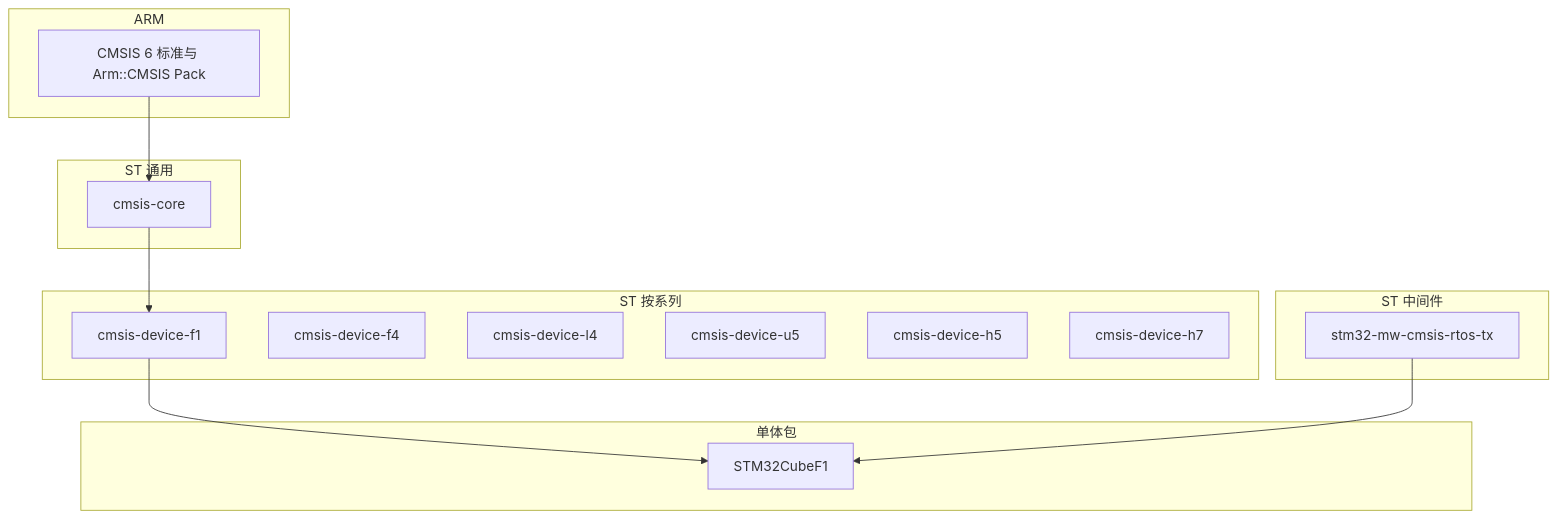
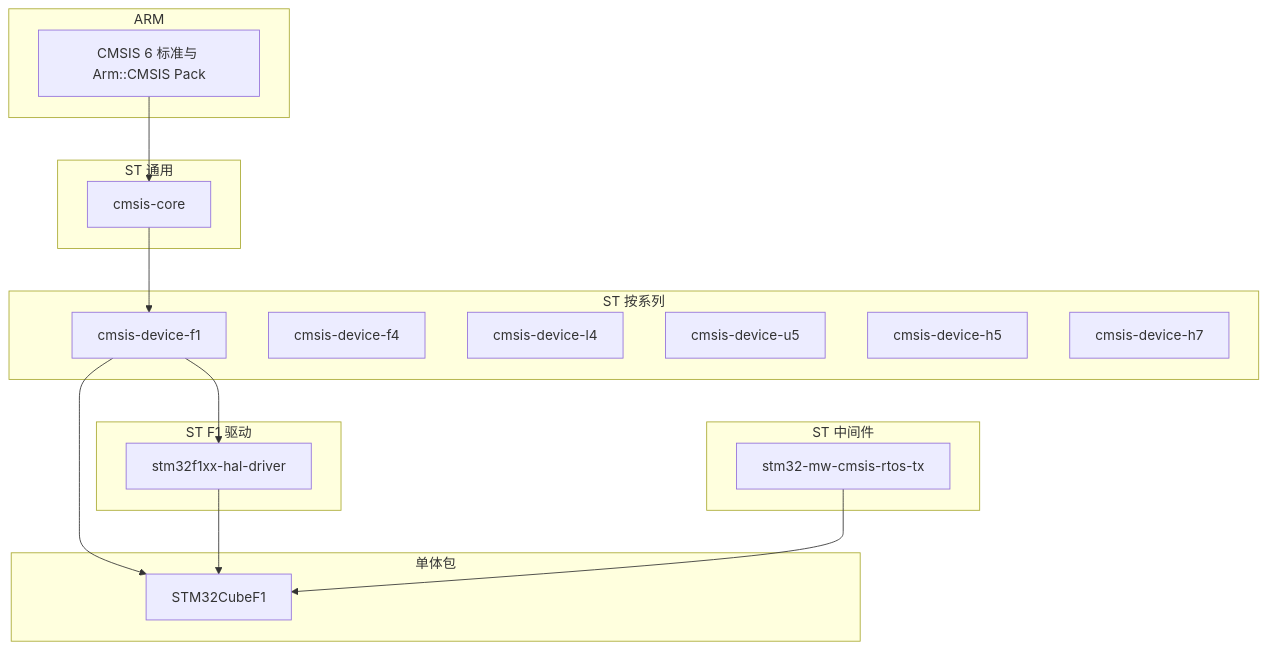
Before and after one commit to xiaolitongxue666/embed-dev-lab: the diagram in doc/learn/stm32-cmsis-component-repos.md, drawn with Mermaid. The commit also changed other lines of this file and 15 other files, not shown here.

````diff
--- a/doc/learn/stm32-cmsis-component-repos.md
+++ b/doc/learn/stm32-cmsis-component-repos.md
@@ -20,27 +20,32 @@
 ```mermaid
 flowchart TB
   subgraph arm [ARM]
     CMSIS6[CMSIS 6 标准与 Arm::CMSIS Pack]
   end
   subgraph stCore [ST 通用]
     STCore[cmsis-core]
   end
   subgraph stDev [ST 按系列]
     DevF1[cmsis-device-f1]
     DevF4[cmsis-device-f4]
     DevL4[cmsis-device-l4]
     DevU5[cmsis-device-u5]
     DevH5[cmsis-device-h5]
     DevH7[cmsis-device-h7]
   end
+  subgraph stHal [ST F1 驱动]
+    HAL[stm32f1xx-hal-driver]
+  end
   subgraph stMw [ST 中间件]
     RtosTx[stm32-mw-cmsis-rtos-tx]
   end
   subgraph cube [单体包]
     CubeF1[STM32CubeF1]
   end
   CMSIS6 --> STCore
   STCore --> DevF1
+  DevF1 --> HAL
   DevF1 --> CubeF1
+  HAL --> CubeF1
   RtosTx --> CubeF1
 ```
````
